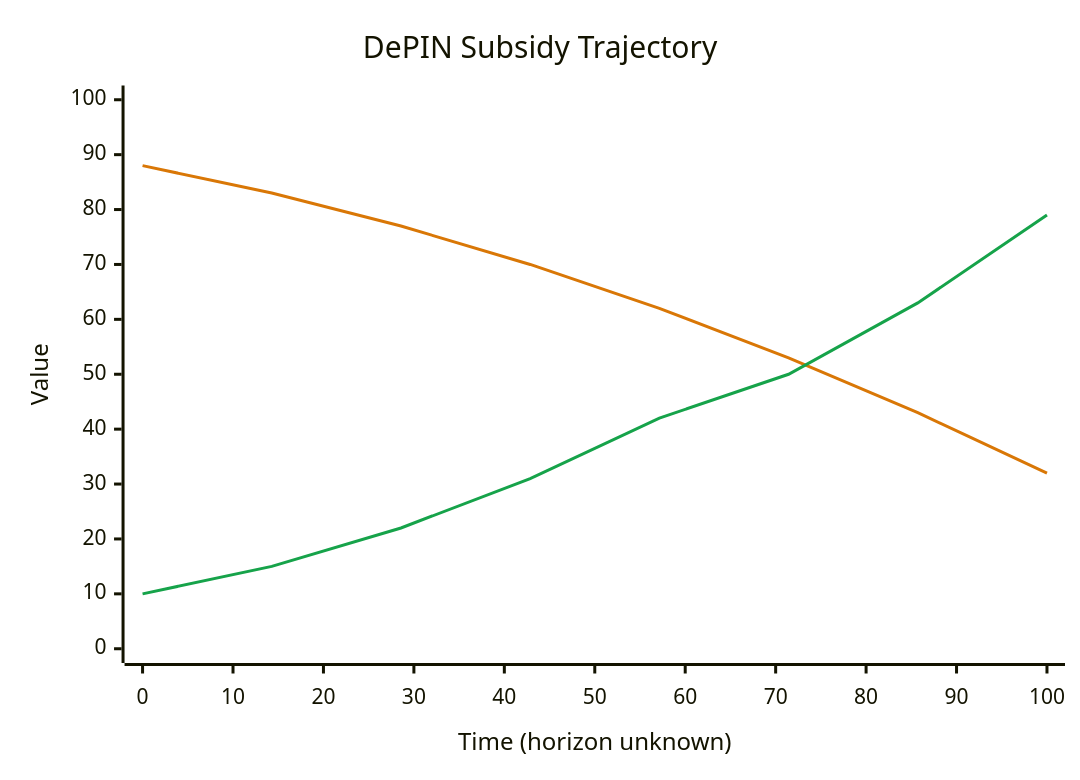
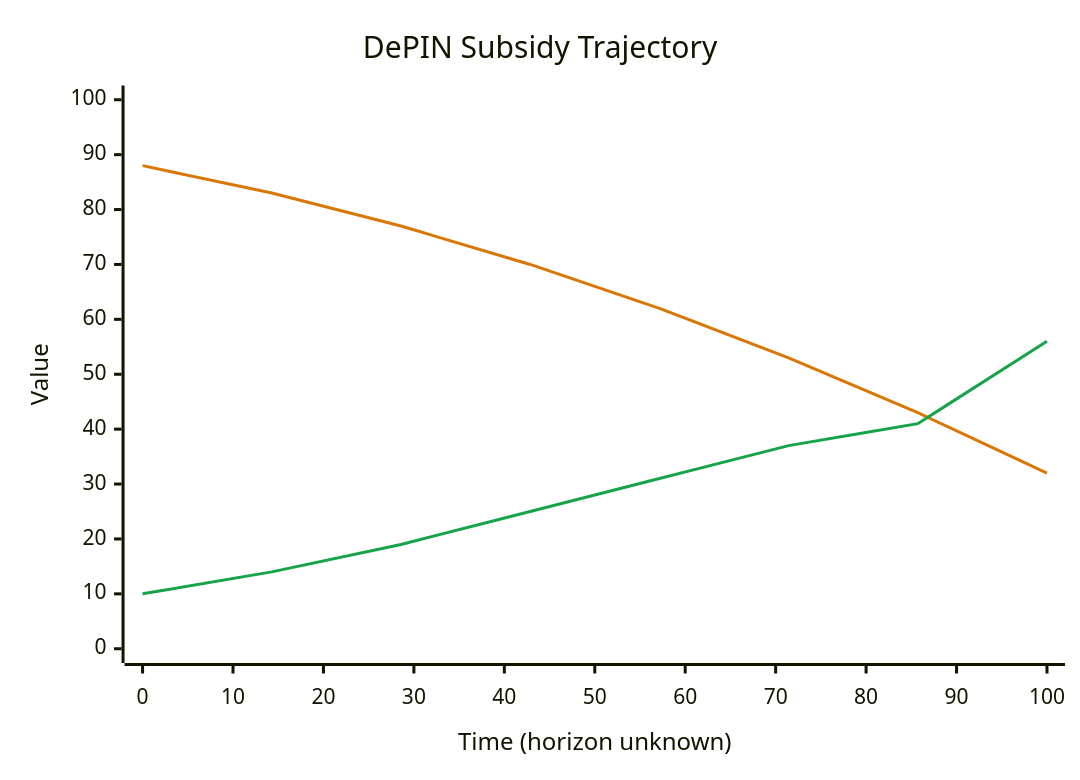
The fifth of 6 diagrams in README.md (KubeTEE-AI/kubetee-subnet), drawn with Mermaid before and after one commit. The commit also changed other lines of this file and 3 other files, not shown here.

````diff
--- a/README.md
+++ b/README.md
@@ -492,14 +496,14 @@
 ```mermaid
 ---
 config:
   themeVariables:
     xyChart:
       plotColorPalette: '#D97706, #16A34A'
 ---
 xychart-beta
     title "DePIN Subsidy Trajectory"
     x-axis "Time (horizon unknown)" 0 --> 100
     y-axis "Value" 0 --> 100
     line "Emission subsidy" [88, 83, 77, 70, 62, 53, 43, 32]
-    line "Consumption revenue" [10, 15, 22, 31, 42, 50, 63, 79]
+    line "Consumption revenue" [10, 14, 19, 25, 31, 37, 41, 56]
 ```
````
